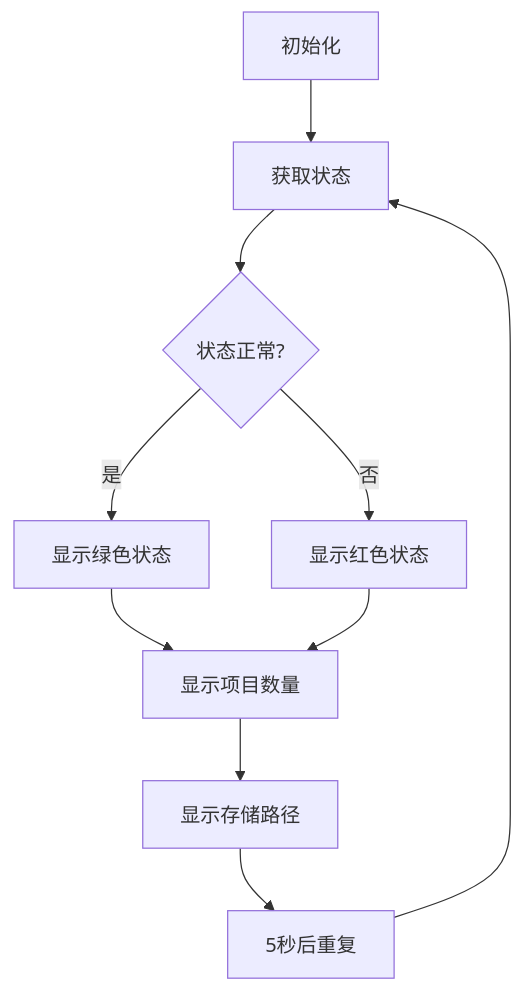
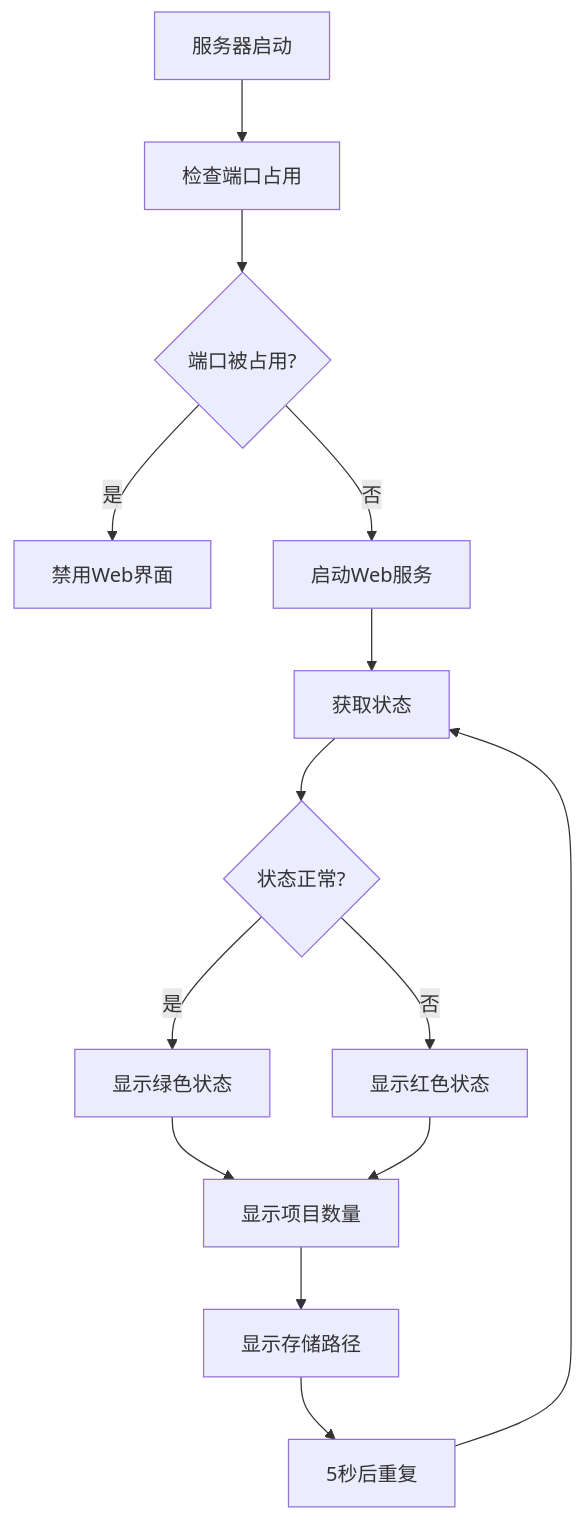
One commit to gittool/acemcp changed the fourth of 7 diagrams in .qoder/repowiki/zh/content/Web管理界面.md. Above: the diagram before and after it, drawn with Mermaid. The commit also changed other lines of this file and 3 other files, not shown here.

````diff
--- a/.qoder/repowiki/zh/content/Web管理界面.md
+++ b/.qoder/repowiki/zh/content/Web管理界面.md
@@ -104,12 +117,16 @@
 ```mermaid
 flowchart TD
-A[初始化] --> B[获取状态]
-B --> C{状态正常?}
-C --> |是| D[显示绿色状态]
-C --> |否| E[显示红色状态]
-D --> F[显示项目数量]
-E --> F
-F --> G[显示存储路径]
-G --> H[5秒后重复]
-H --> B
+A[服务器启动] --> B[检查端口占用]
+B --> C{端口被占用?}
+C --> |是| D[禁用Web界面]
+C --> |否| E[启动Web服务]
+E --> F[获取状态]
+F --> G{状态正常?}
+G --> |是| H[显示绿色状态]
+G --> |否| I[显示红色状态]
+H --> J[显示项目数量]
+I --> J
+J --> K[显示存储路径]
+K --> L[5秒后重复]
+L --> F
 ```
````
